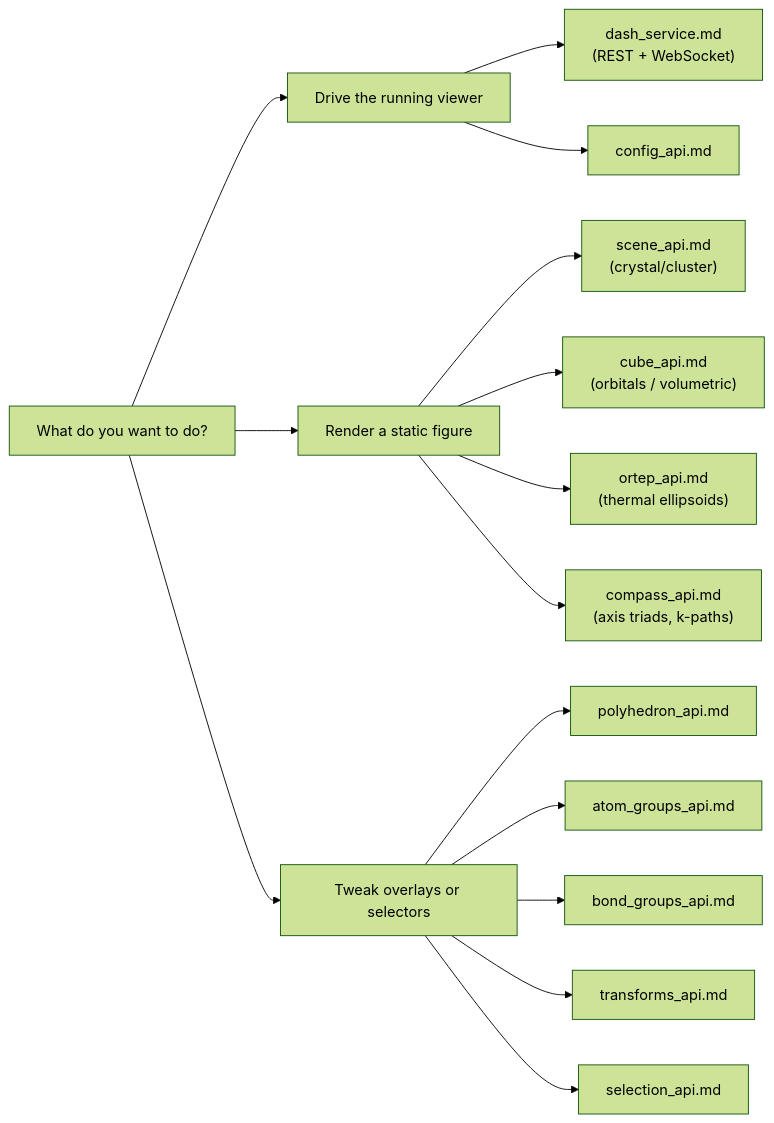
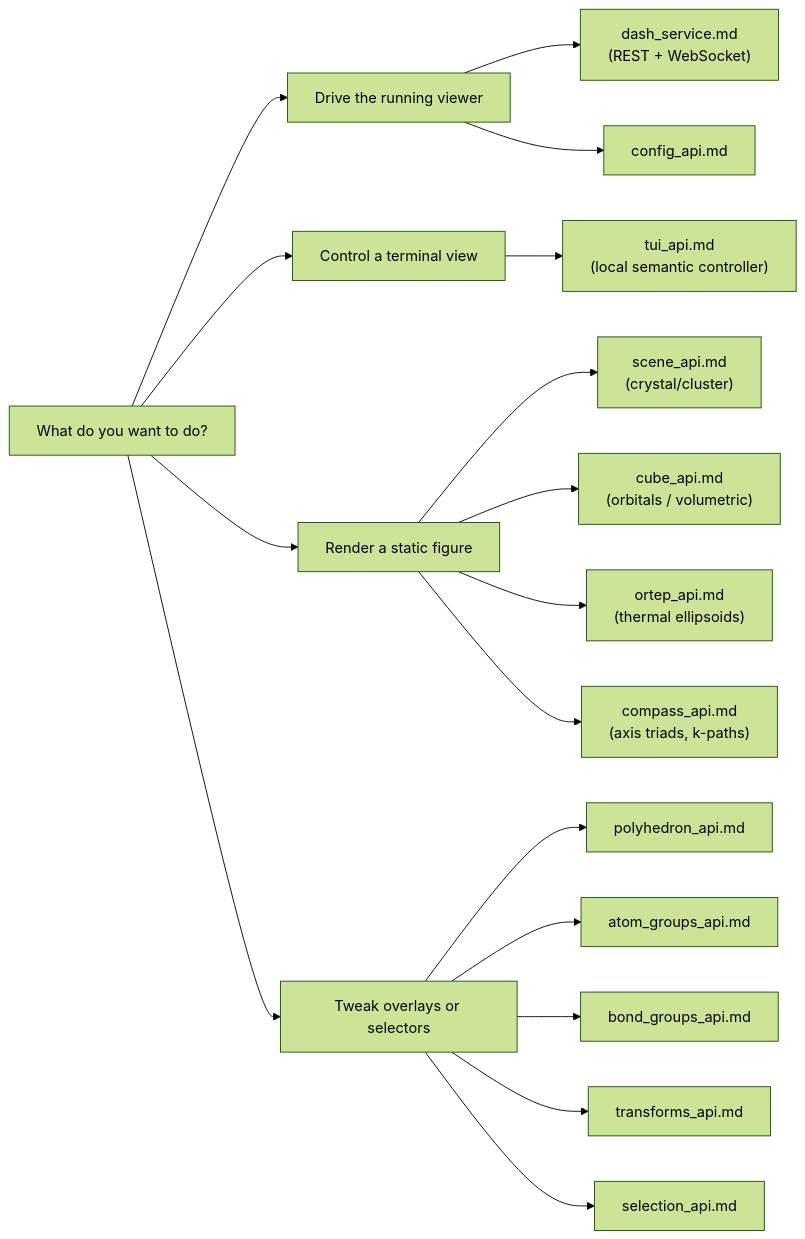
The first of 2 diagrams in agents/README.md (SchrodingersCattt/MatterVis), drawn with Mermaid (forest theme) before and after one commit. The commit also changed other lines of this file and 20 other files, not shown here.

Commit message:
feat(tui): add semantic view controller

````diff
--- a/agents/README.md
+++ b/agents/README.md
@@ -13,21 +13,23 @@
 ```mermaid
 flowchart LR
     Q["What do you want to do?"]
     Q --> LIVE["Drive the running viewer"]
+    Q --> TUI["Control a terminal view"]
     Q --> STATIC["Render a static figure"]
     Q --> OVERLAY["Tweak overlays or selectors"]
 
     LIVE --> DASH["dash_service.md<br/>(REST + WebSocket)"]
+    TUI --> TUIAPI["tui_api.md<br/>(local semantic controller)"]
 
     STATIC --> SCENE["scene_api.md<br/>(crystal/cluster)"]
     STATIC --> CUBE["cube_api.md<br/>(orbitals / volumetric)"]
     STATIC --> ORTEP["ortep_api.md<br/>(thermal ellipsoids)"]
     STATIC --> COMPASS["compass_api.md<br/>(axis triads, k-paths)"]
 
     OVERLAY --> POLY["polyhedron_api.md"]
     OVERLAY --> AG["atom_groups_api.md"]
     OVERLAY --> BG["bond_groups_api.md"]
     OVERLAY --> TR["transforms_api.md"]
     OVERLAY --> SEL["selection_api.md"]
     LIVE --> CONFIG["config_api.md"]
 ```
````
